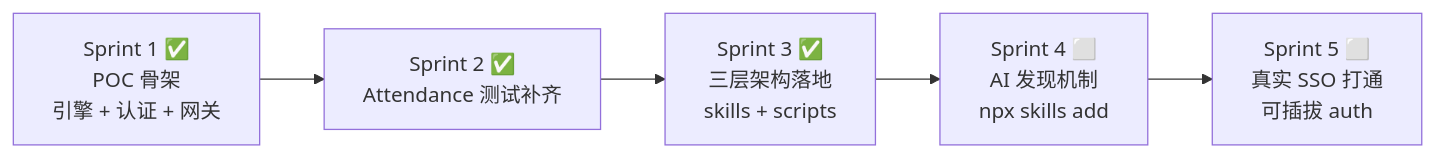
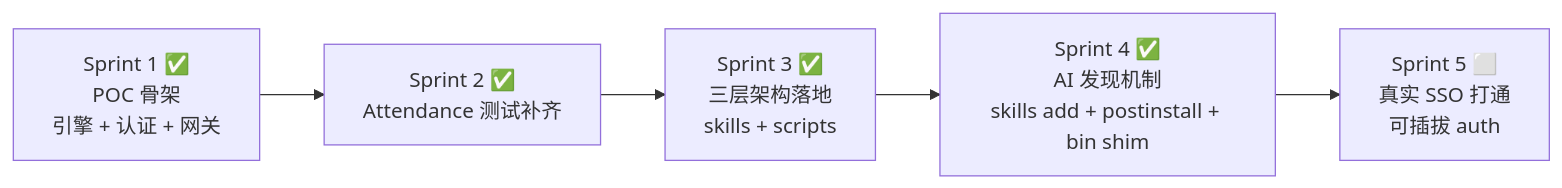
Before and after one commit to a5535772/saicmotor-cli: the seventh of 9 diagrams in docs/ARCHITECTURE.md, drawn with Mermaid. The commit also changed other lines of this file and 6 other files, not shown here.

First line of the commit message:
feat: 配置中心化 + ARCHITECTURE.md 更新安装分发与配置化章节

````diff
--- a/docs/ARCHITECTURE.md
+++ b/docs/ARCHITECTURE.md
@@ -464,7 +467,7 @@
 ```mermaid
 flowchart LR
     S1["Sprint 1 ✅<br/>POC 骨架<br/>引擎 + 认证 + 网关"] --> S2["Sprint 2 ✅<br/>Attendance 测试补齐"]
     S2 --> S3["Sprint 3 ✅<br/>三层架构落地<br/>skills + scripts"]
-    S3 --> S4["Sprint 4 ⬜<br/>AI 发现机制<br/>npx skills add"]
+    S3 --> S4["Sprint 4 ✅<br/>AI 发现机制<br/>skills add + postinstall + bin shim"]
     S4 --> S5["Sprint 5 ⬜<br/>真实 SSO 打通<br/>可插拔 auth"]
 ```
````
